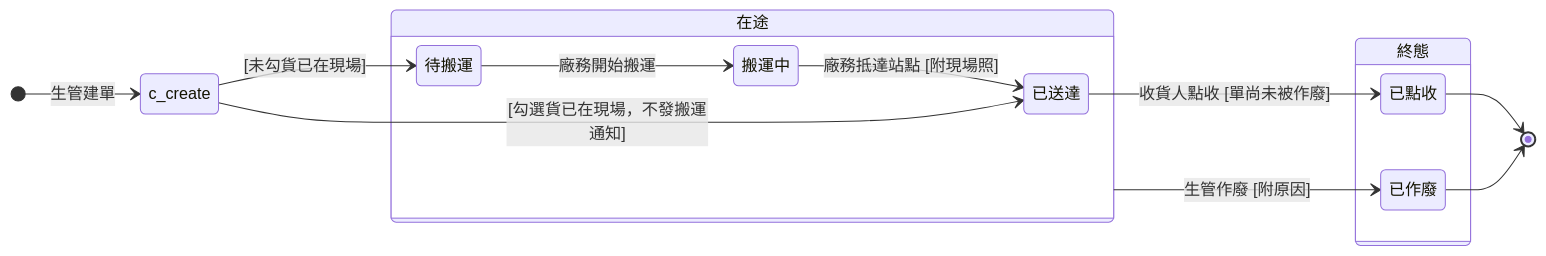
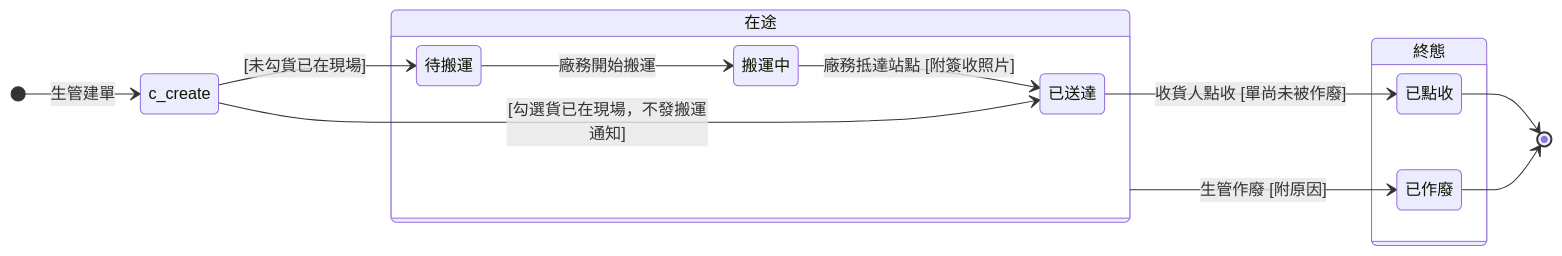
Before and after one commit to Kawato-Miles/erp-spec: the diagram in memory/Sens_wiki/wiki/erp/06-state-machines/轉交單狀態.md, drawn with Mermaid. The commit also changed other lines of this file and 1 other file, not shown here.

````diff
--- a/memory/Sens_wiki/wiki/erp/06-state-machines/轉交單狀態.md
+++ b/memory/Sens_wiki/wiki/erp/06-state-machines/轉交單狀態.md
@@ -39,30 +39,30 @@
 ```mermaid
 stateDiagram-v2
     direction LR
 
     [*] --> c_create : 生管建單
     state c_create <<choice>>
 
     state "在途" as g_active {
         state "待搬運" as s_pending
         state "搬運中" as s_moving
         state "已送達" as s_arrived
 
         s_pending --> s_moving : 廠務開始搬運
-        s_moving --> s_arrived : 廠務抵達站點 [附現場照]
+        s_moving --> s_arrived : 廠務抵達站點 [附簽收照片]
     }
 
     state "終態" as Final {
         state "已點收" as s_received
         state "已作廢" as s_void
     }
 
     c_create --> s_pending : [未勾貨已在現場]
     c_create --> s_arrived : [勾選貨已在現場，不發搬運通知]
 
     s_arrived --> s_received : 收貨人點收 [單尚未被作廢]
     g_active --> s_void : 生管作廢 [附原因]
 
     s_received --> [*]
     s_void --> [*]
 ```
````
